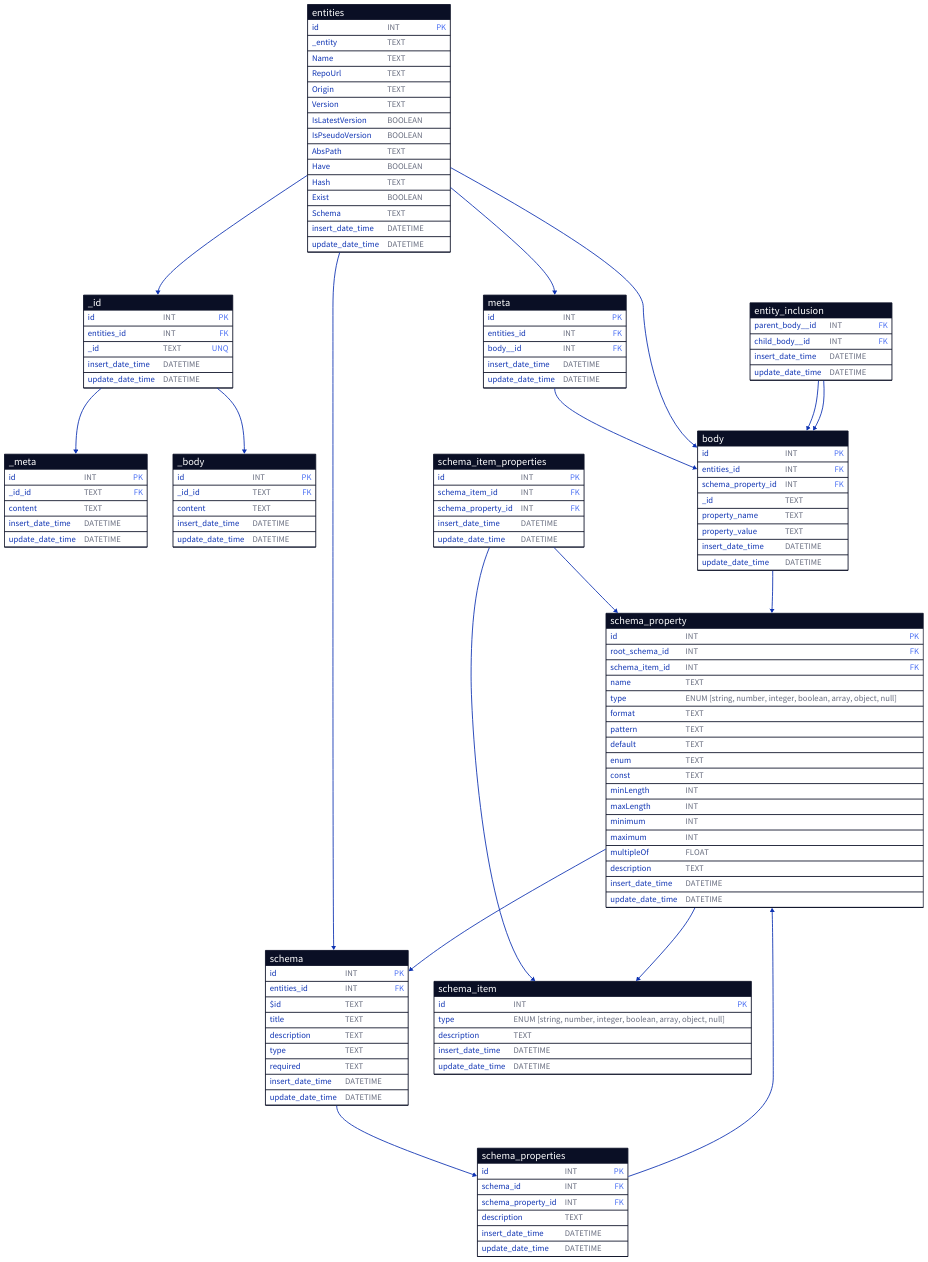
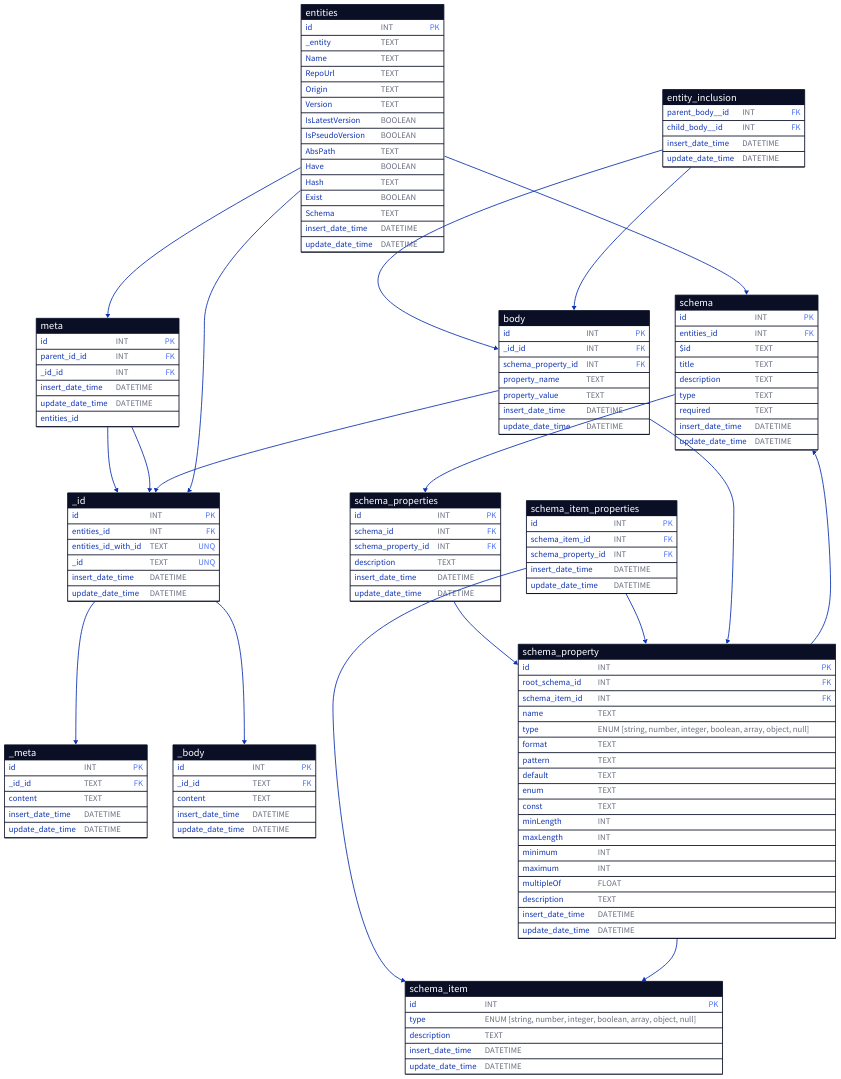
The diagram in .docs/diagram/caching-db-struct.d2 (AmadlaOrg/YECE), drawn with D2 before and after one commit. The commit also changed 2 other files, not shown here.

```diff
--- a/.docs/diagram/caching-db-struct.d2
+++ b/.docs/diagram/caching-db-struct.d2
@@ -1,161 +1,162 @@
 # TODO: Need to add other schema details like data type, constrains, etc. From the information here we need to be able to regenerate the schema and the .hery file. Maybe add another table for other details from the schema
 
 entities: {
   shape: sql_table
   id: INT {constraint: primary_key}
   _entity: TEXT
   Name: TEXT
   RepoUrl: TEXT
   Origin: TEXT
   Version: TEXT
   IsLatestVersion: BOOLEAN
   IsPseudoVersion: BOOLEAN
   AbsPath: TEXT
   Have: BOOLEAN
   Hash: TEXT
   Exist: BOOLEAN
   Schema: TEXT
   insert_date_time: DATETIME
   update_date_time: DATETIME
 }
 
 _id: {
   shape: sql_table
   id: INT {constraint: primary_key}
   entities_id: INT {constraint: foreign_key}
+  entities_id_with_id: TEXT {constraint: unique}
   _id: TEXT {constraint: unique}
   insert_date_time: DATETIME
   update_date_time: DATETIME
 }
 
 _meta: {
   shape: sql_table
   id: INT {constraint: primary_key}
   _id_id: TEXT {constraint: foreign_key}
   content: TEXT
   insert_date_time: DATETIME
   update_date_time: DATETIME
 }
 
 _body: {
   shape: sql_table
   id: INT {constraint: primary_key}
   _id_id: TEXT {constraint: foreign_key}
   content: TEXT
   insert_date_time: DATETIME
   update_date_time: DATETIME
 }
 
 meta: {
   shape: sql_table
   id: INT {constraint: primary_key}
-  entities_id: INT {constraint: foreign_key}
-  body__id: INT {constraint: foreign_key}
+  parent_id_id: INT {constraint: foreign_key}
+  _id_id: INT {constraint: foreign_key}
   insert_date_time: DATETIME
   update_date_time: DATETIME
 }
 
 body: {
   shape: sql_table
   id: INT {constraint: primary_key}
-  entities_id: INT {constraint: foreign_key}
+  _id_id: INT {constraint: foreign_key}
   schema_property_id: INT {constraint: foreign_key}
-  _id: TEXT
   property_name: TEXT
   property_value: TEXT
   insert_date_time: DATETIME
   update_date_time: DATETIME
 }
 
 entity_inclusion: {
   shape: sql_table
   parent_body__id: INT {constraint: foreign_key}
   child_body__id: INT {constraint: foreign_key}
   insert_date_time: DATETIME
   update_date_time: DATETIME
 }
 
 schema: {
   shape: sql_table
   id: INT {constraint: primary_key}
   entities_id: INT {constraint: foreign_key}
   \$id: TEXT
   title: TEXT
   description: TEXT
   type: TEXT
   required: TEXT
   insert_date_time: DATETIME
   update_date_time: DATETIME
 }
 
 schema_properties: {
   shape: sql_table
   id: INT {constraint: primary_key}
   schema_id: INT {constraint: foreign_key}
   schema_property_id: INT {constraint: foreign_key}
   description: TEXT
   insert_date_time: DATETIME
   update_date_time: DATETIME
 }
 
 schema_property: {
   shape: sql_table
   id: INT {constraint: primary_key}
   root_schema_id: INT {constraint: foreign_key}
   schema_item_id: INT {constraint: foreign_key}
   name: TEXT
   type: ENUM \[string, number, integer, boolean, array, object, null\]
   format: TEXT
   pattern: TEXT
   default: TEXT
   enum: TEXT
   const: TEXT
   minLength: INT
   maxLength: INT
   minimum: INT
   maximum: INT
   multipleOf: FLOAT
   description: TEXT
   insert_date_time: DATETIME
   update_date_time: DATETIME
 }
 
 schema_item_properties: {
   shape: sql_table
   id: INT {constraint: primary_key}
   schema_item_id: INT {constraint: foreign_key}
   schema_property_id: INT {constraint: foreign_key}
   insert_date_time: DATETIME
   update_date_time: DATETIME
 }
 
 schema_item: {
   shape: sql_table
   id: INT {constraint: primary_key}
   type: ENUM \[string, number, integer, boolean, array, object, null\]
   description: TEXT
   insert_date_time: DATETIME
   update_date_time: DATETIME
 }
 
 entities.id -> meta.entities_id
-meta.body__id -> body._id
-entities.id -> body.entities_id
+meta.parent_id_id -> _id.id
+meta._id_id -> _id.id
 entities.id -> schema.entities_id
 
 schema.id -> schema_properties.schema_id
 schema_properties.schema_property_id -> schema_property.id
 schema_item_properties.schema_item_id -> schema_item.id
 schema_item_properties.schema_property_id -> schema_property.id
 schema_property.schema_item_id -> schema_item.id
 
 entity_inclusion.parent_body__id -> body.id
 entity_inclusion.child_body__id -> body.id
 
+body._id_id -> _id.id
 body.schema_property_id -> schema_property.id
 
 schema_property.root_schema_id -> schema.id
 
 entities.id -> _id.entities_id
 _id.id -> _meta._id_id
 _id.id -> _body._id_id
```
